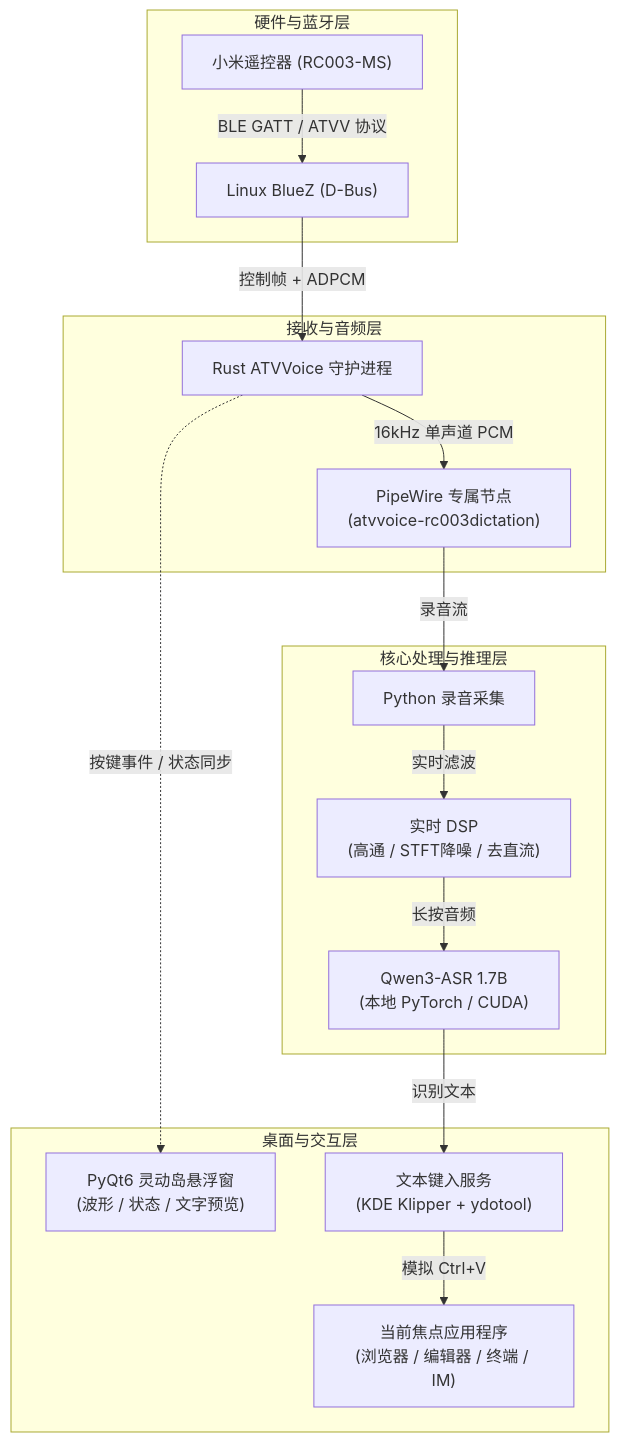
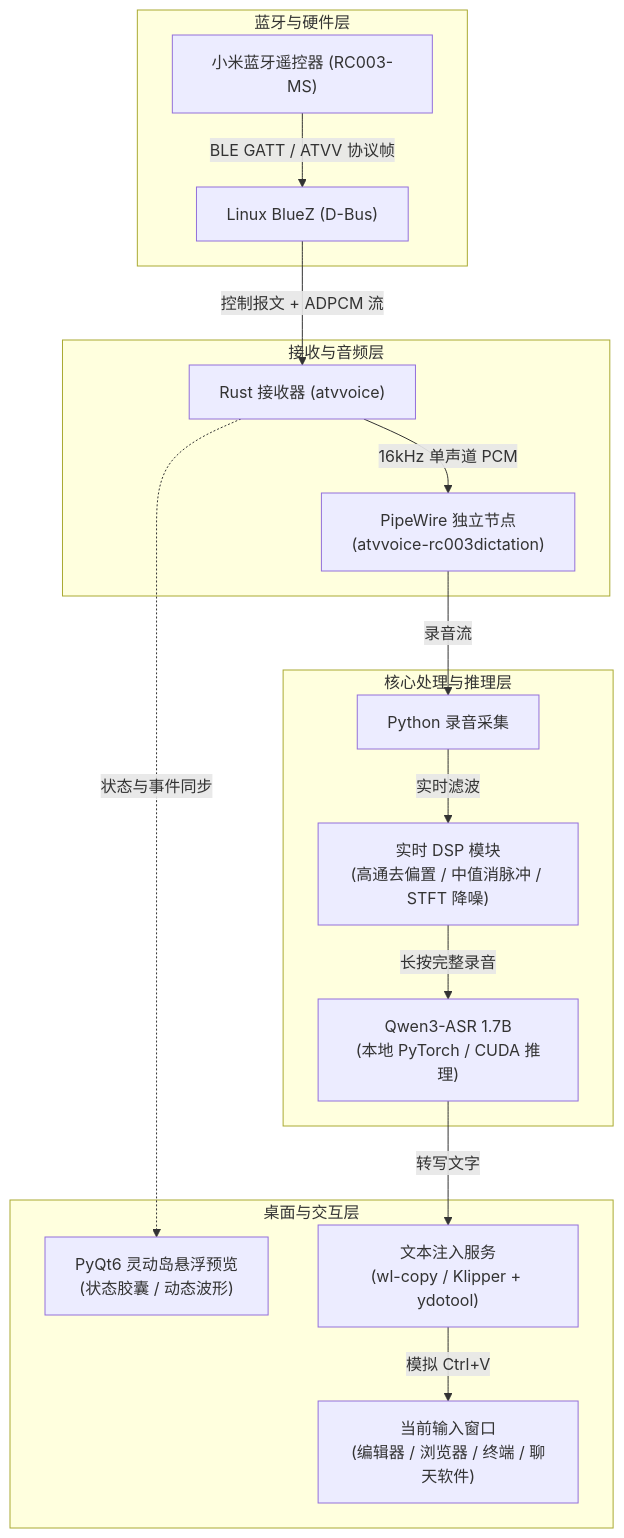
The diagram in README.md (dailiuyi/xiaomi-remote-voice-linux), drawn with Mermaid before and after one commit. The commit also changed other lines of this file, not shown here.

````diff
--- a/README.md
+++ b/README.md
@@ -51,23 +39,23 @@
 ```mermaid
 flowchart TD
-    subgraph 硬件与蓝牙层
-        RC["小米遥控器 (RC003-MS)"] -->|BLE GATT / ATVV 协议| BlueZ["Linux BlueZ (D-Bus)"]
+    subgraph 蓝牙与硬件层
+        RC["小米蓝牙遥控器 (RC003-MS)"] -->|BLE GATT / ATVV 协议帧| BlueZ["Linux BlueZ (D-Bus)"]
     end
 
     subgraph 接收与音频层
-        BlueZ -->|控制帧 + ADPCM| Receiver["Rust ATVVoice 守护进程"]
-        Receiver -->|16kHz 单声道 PCM| PWNode["PipeWire 专属节点<br>(atvvoice-rc003dictation)"]
+        BlueZ -->|控制报文 + ADPCM 流| Receiver["Rust 接收器 (atvvoice)"]
+        Receiver -->|16kHz 单声道 PCM| PWNode["PipeWire 独立节点<br>(atvvoice-rc003dictation)"]
     end
 
     subgraph 核心处理与推理层
         PWNode -->|录音流| PyCapture["Python 录音采集"]
-        PyCapture -->|实时滤波| DSP["实时 DSP<br>(高通 / STFT降噪 / 去直流)"]
-        DSP -->|长按音频| ASR["Qwen3-ASR 1.7B<br>(本地 PyTorch / CUDA)"]
+        PyCapture -->|实时滤波| DSP["实时 DSP 模块<br>(高通去偏置 / 中值消脉冲 / STFT 降噪)"]
+        DSP -->|长按完整录音| ASR["Qwen3-ASR 1.7B<br>(本地 PyTorch / CUDA 推理)"]
     end
 
     subgraph 桌面与交互层
-        Receiver -.->|按键事件 / 状态同步| PreviewUI["PyQt6 灵动岛悬浮窗<br>(波形 / 状态 / 文字预览)"]
-        ASR -->|识别文本| Injector["文本键入服务<br>(KDE Klipper + ydotool)"]
-        Injector -->|模拟 Ctrl+V| ActiveApp["当前焦点应用程序<br>(浏览器 / 编辑器 / 终端 / IM)"]
+        Receiver -.->|状态与事件同步| PreviewUI["PyQt6 灵动岛悬浮预览<br>(状态胶囊 / 动态波形)"]
+        ASR -->|转写文字| Injector["文本注入服务<br>(wl-copy / Klipper + ydotool)"]
+        Injector -->|模拟 Ctrl+V| ActiveApp["当前输入窗口<br>(编辑器 / 浏览器 / 终端 / 聊天软件)"]
     end
 ```
````
